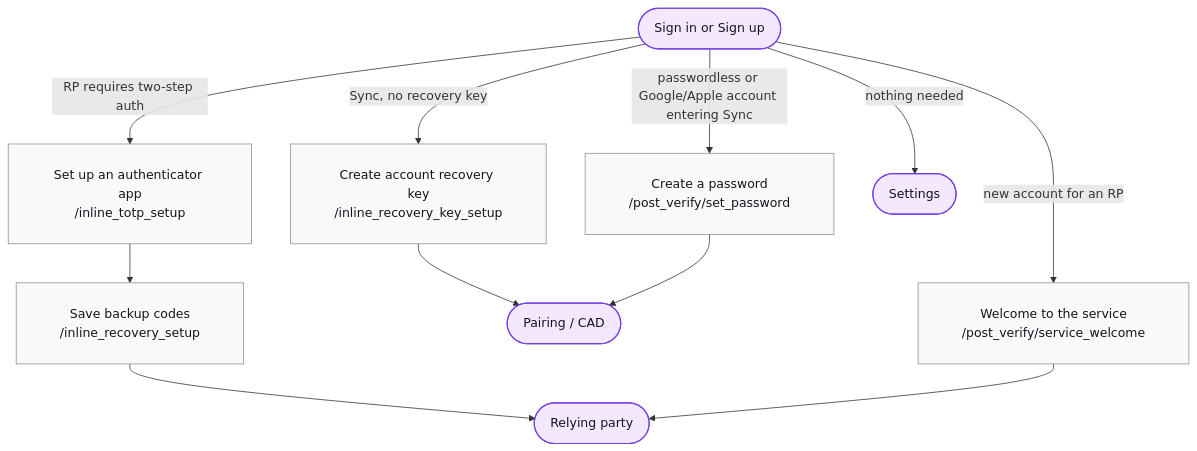
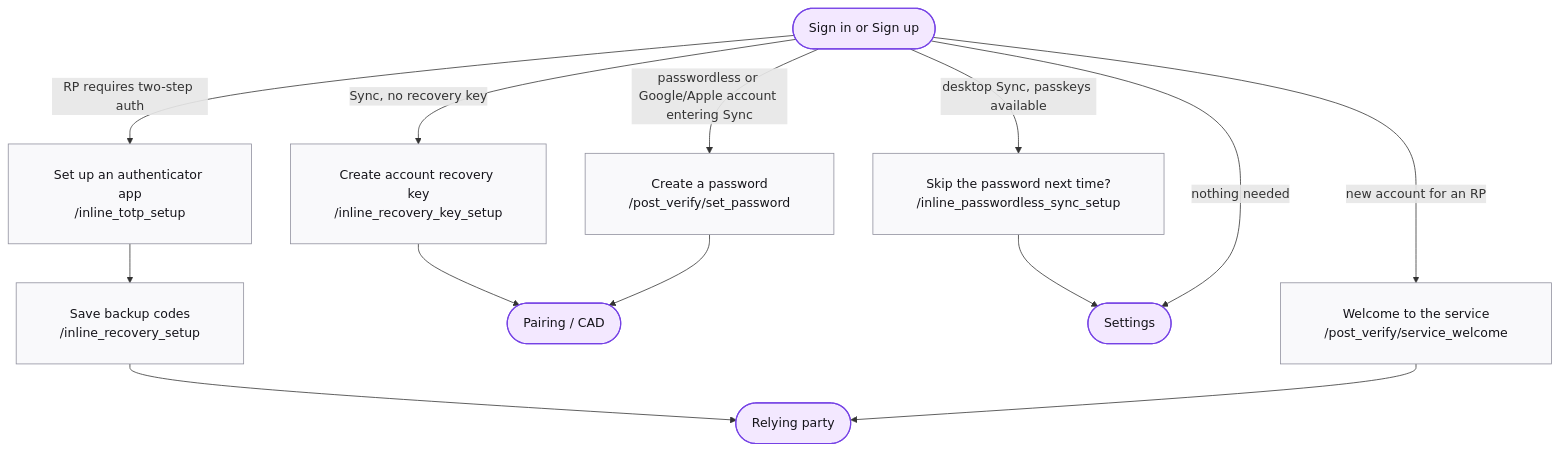
Before and after one commit to mozilla/ecosystem-platform: the diagram in docs/fxa-sitemap/flow-post-signin-setup.md, drawn with Mermaid. The commit also changed other lines of this file and 1 other file, not shown here.

Commit message:
docs(fxa-sitemap): add the passkey opt-in screen after Sync sign-in
mozilla/fxa 397dd41b09 (FXA-13151) added /inline_passwordless_sync_setup,
shown after a desktop Sync sign-in to offer passkey sign-in next time.

````diff
--- a/docs/fxa-sitemap/flow-post-signin-setup.md
+++ b/docs/fxa-sitemap/flow-post-signin-setup.md
@@ -12,25 +12,26 @@
 ```mermaid
 %%{init: {"flowchart": {"padding": 28}}}%%
 flowchart TD
   auth(["Sign in or Sign up"])
   auth -->|RP requires two-step auth| totp["Set up an authenticator app<br/>/inline_totp_setup"] --> recovery["Save backup codes<br/>/inline_recovery_setup"] --> rp
   auth -->|Sync, no recovery key| key["Create account recovery key<br/>/inline_recovery_key_setup"] --> pair
+  auth -->|desktop Sync, passkeys available| skip["Skip the password next time?<br/>/inline_passwordless_sync_setup"] --> settings
   auth -->|passwordless or Google/Apple account entering Sync| setpw["Create a password<br/>/post_verify/set_password"] --> pair
   auth -->|new account for an RP| welcome["Welcome to the service<br/>/post_verify/service_welcome"] --> rp
   auth -->|nothing needed| settings(["Settings"])
   rp(["Relying party"])
   pair(["Pairing / CAD"])
   classDef page fill:#deebff,stroke:#0060df,stroke-width:1.5px,color:#15141a
   classDef step fill:#f9f9fb,stroke:#8f8f9d,color:#15141a
   classDef legacy fill:#f0f0f4,stroke:#8f8f9d,stroke-dasharray:5 3,color:#5b5b66
   classDef exit fill:#e3fff3,stroke:#017a40,color:#15141a
   classDef source fill:#fff4de,stroke:#c45a27,color:#15141a
   classDef flow fill:#f3e8ff,stroke:#7542e5,stroke-width:1.5px,color:#15141a
   classDef mode fill:#f0f0f4,stroke:#5b5b66,color:#15141a
   class auth,rp,pair,settings flow
-  class totp,recovery,key,setpw,welcome step
+  class totp,recovery,key,skip,setpw,welcome step
   click auth href "/ecosystem-platform/fxa-sitemap/flow-signin"
   click rp href "/ecosystem-platform/fxa-sitemap/flow-oauth-relying-party"
   click pair href "/ecosystem-platform/fxa-sitemap/flow-pairing"
   click settings href "/ecosystem-platform/fxa-sitemap/flow-settings"
 ```
````
